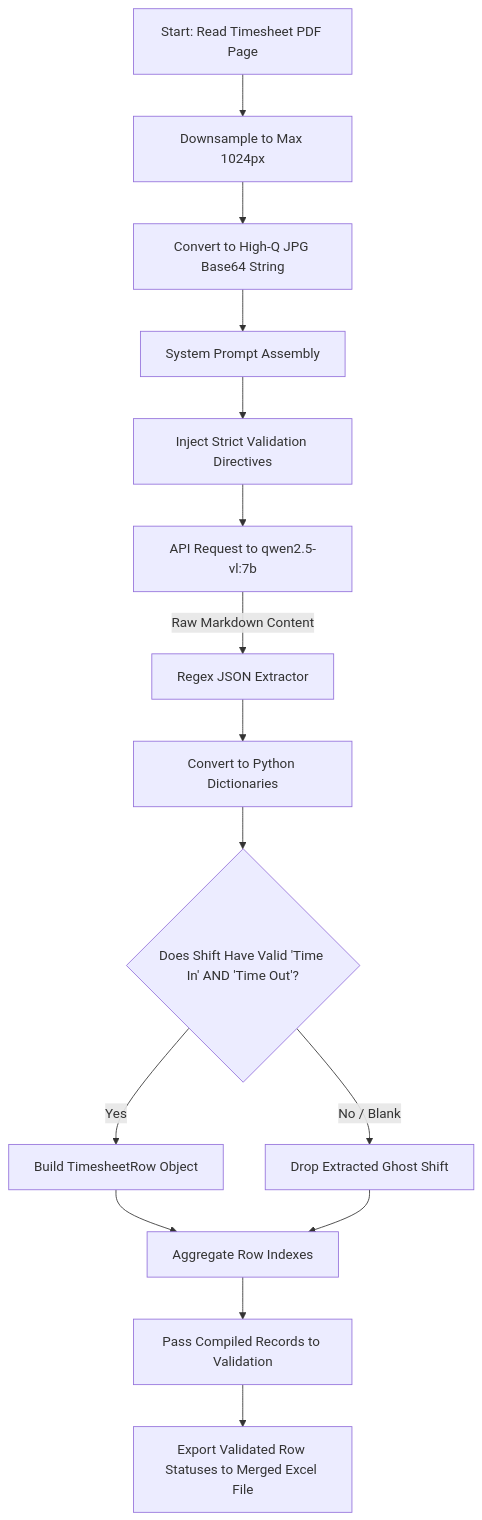
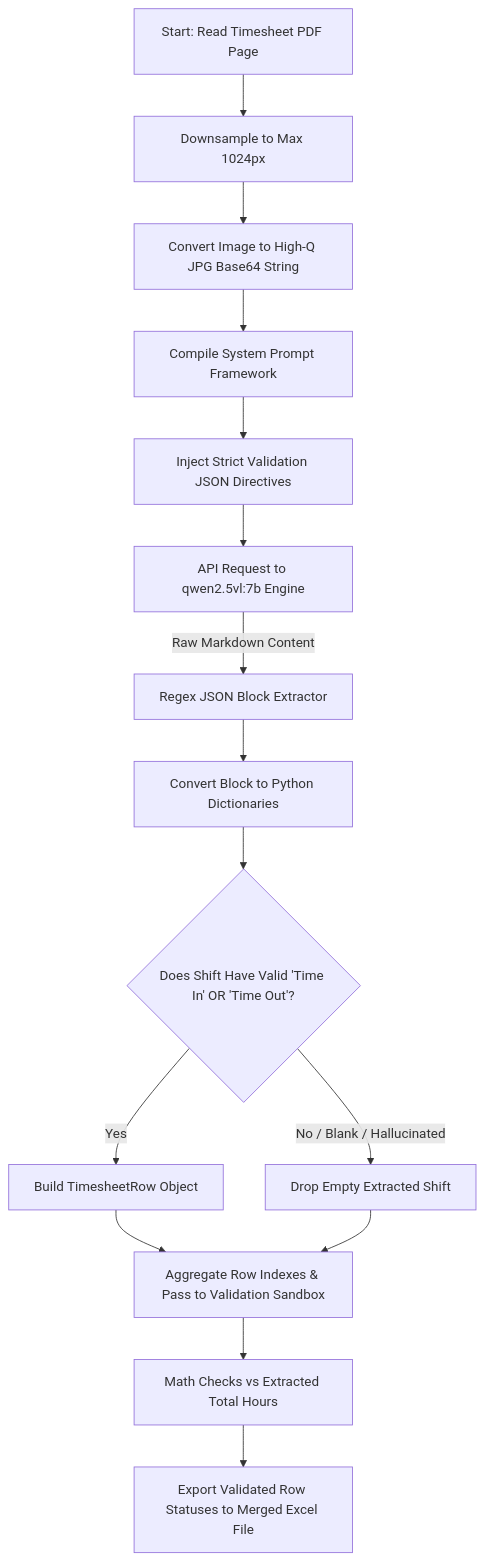
One commit to mohitagr18/timesheet-ocr changed the diagram in workflows/vlm_full_page_flow.md. Above: the diagram before and after it, drawn with Mermaid. The commit also changed other lines of this file and 4 other files, not shown here.

````diff
--- a/workflows/vlm_full_page_flow.md
+++ b/workflows/vlm_full_page_flow.md
@@ -13,20 +13,20 @@
 ```mermaid
 graph TD
     A[Start: Read Timesheet PDF Page] --> B[Downsample to Max 1024px]
-    B --> C[Convert to High-Q JPG Base64 String]
+    B --> C[Convert Image to High-Q JPG Base64 String]
     
-    C --> D[System Prompt Assembly]
-    D --> E[Inject Strict Validation Directives]
-    E --> F[API Request to qwen2.5-vl:7b]
+    C --> D[Compile System Prompt Framework]
+    D --> E[Inject Strict Validation JSON Directives]
+    E --> F[API Request to qwen2.5vl:7b Engine]
     
-    F -->|Raw Markdown Content| G[Regex JSON Extractor]
-    G --> H[Convert to Python Dictionaries]
+    F -->|Raw Markdown Content| G[Regex JSON Block Extractor]
+    G --> H[Convert Block to Python Dictionaries]
     
-    H --> I{Does Shift Have Valid 'Time In' AND 'Time Out'?}
+    H --> I{Does Shift Have Valid 'Time In' OR 'Time Out'?}
     I -->|Yes| J[Build TimesheetRow Object]
-    I -->|No / Blank| K[Drop Extracted Ghost Shift]
+    I -->|No / Blank / Hallucinated| K[Drop Empty Extracted Shift]
     
-    J & K --> L[Aggregate Row Indexes]
-    L --> M[Pass Compiled Records to Validation]
+    J & K --> L[Aggregate Row Indexes & Pass to Validation Sandbox]
+    L --> M[Math Checks vs Extracted Total Hours]
     M --> N[Export Validated Row Statuses to Merged Excel File]
 ```
````
